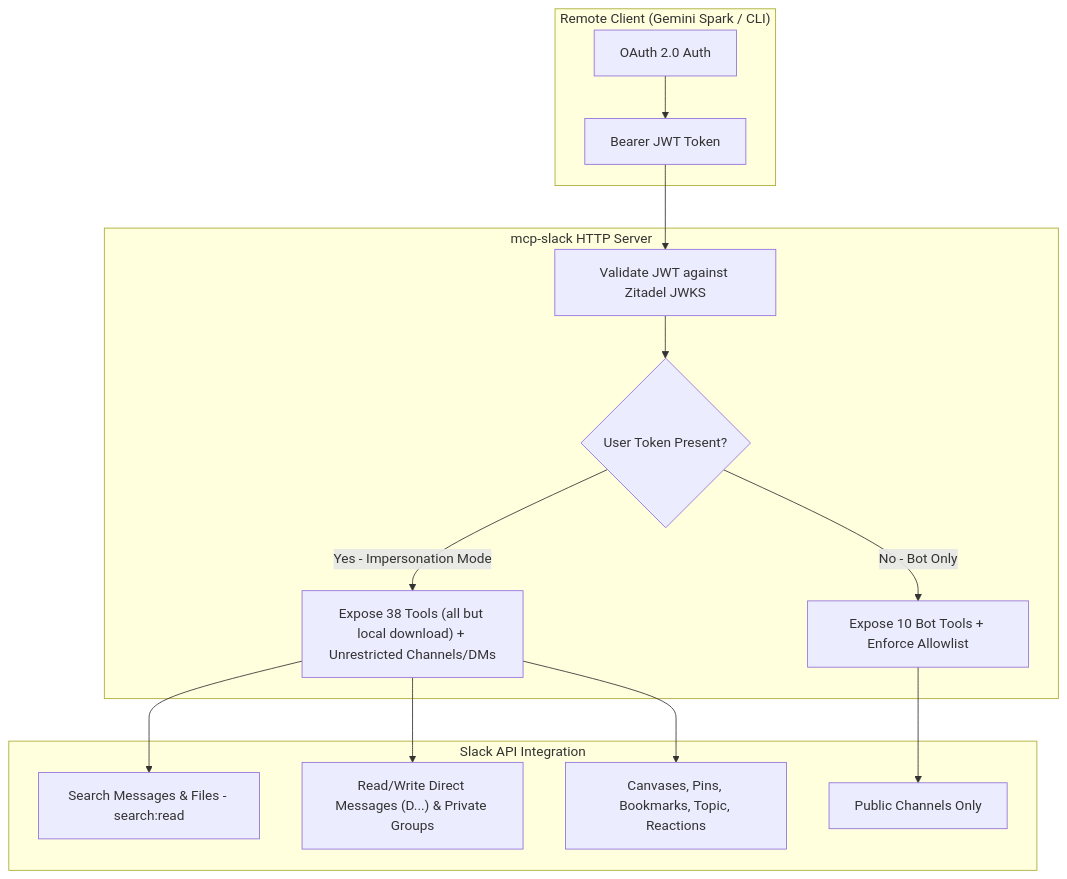
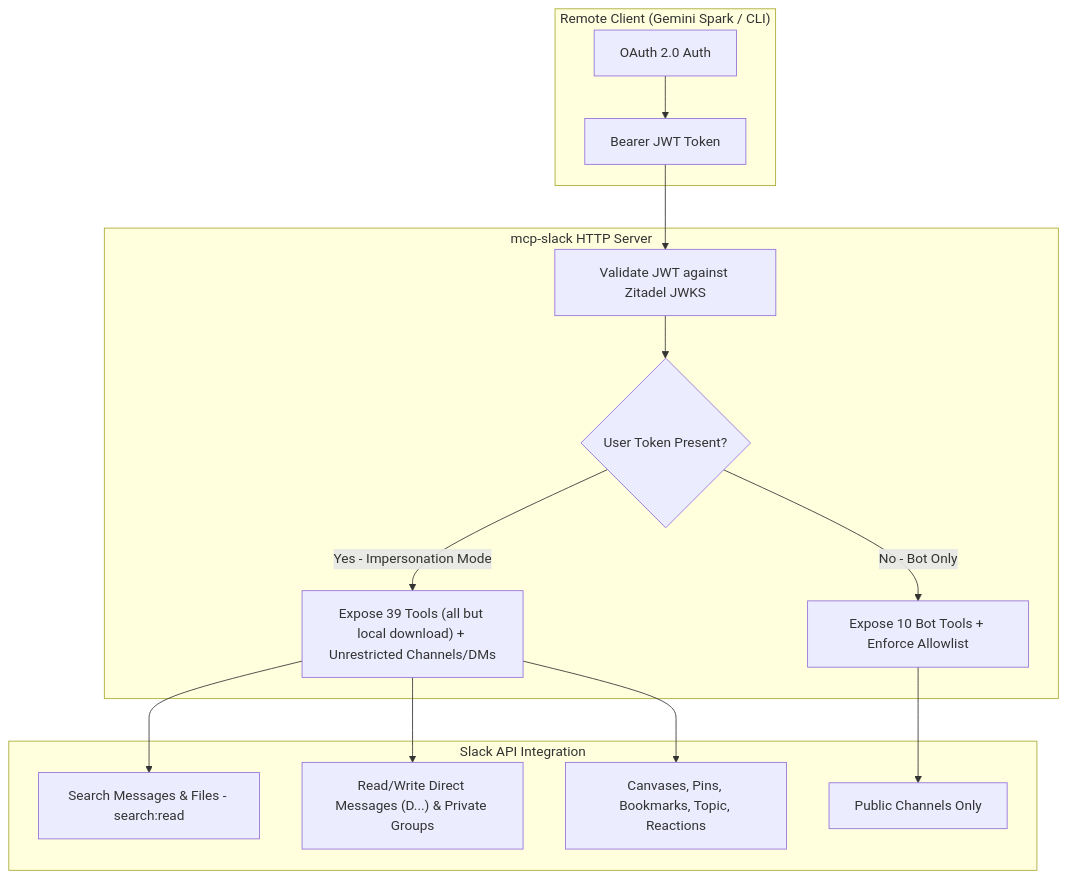
Before and after one commit to VitruvianSoftware/vitruvian-core: the first of 3 diagrams in apps/mcp/slack/README.md, drawn with Mermaid. The commit also changed other lines of this file and 6 other files, not shown here.

````diff
--- a/apps/mcp/slack/README.md
+++ b/apps/mcp/slack/README.md
@@ -18,20 +18,20 @@
 ```mermaid
 flowchart TD
     subgraph Client["Remote Client (Gemini Spark / CLI)"]
         A["OAuth 2.0 Auth"] --> B["Bearer JWT Token"]
     end
 
     subgraph Service["mcp-slack HTTP Server"]
         B --> C["Validate JWT against Zitadel JWKS"]
         C --> D{"User Token Present?"}
-        D -->|Yes - Impersonation Mode| E["Expose 38 Tools (all but local download) + Unrestricted Channels/DMs"]
+        D -->|Yes - Impersonation Mode| E["Expose 39 Tools (all but local download) + Unrestricted Channels/DMs"]
         D -->|No - Bot Only| F["Expose 10 Bot Tools + Enforce Allowlist"]
     end
 
     subgraph Slack["Slack API Integration"]
         E --> G["Search Messages & Files - search:read"]
         E --> H["Read/Write Direct Messages (D...) & Private Groups"]
         E --> I["Canvases, Pins, Bookmarks, Topic, Reactions"]
         F --> J["Public Channels Only"]
     end
 ```
````
